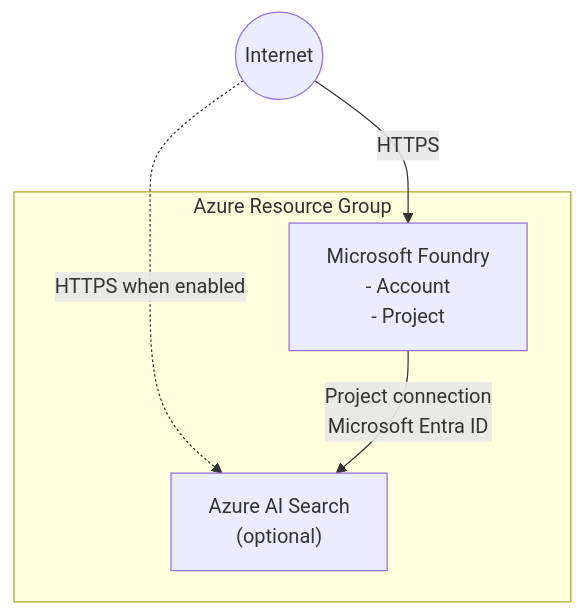
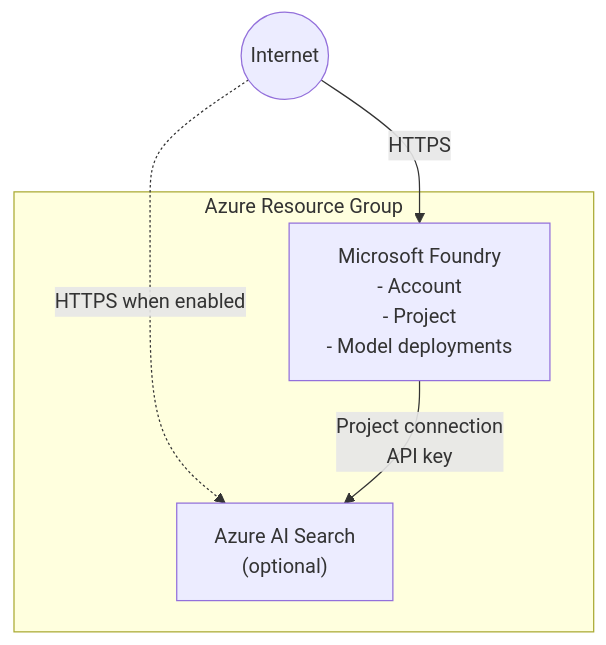
One commit to ks6088ts/template-terraform changed the diagram in infra/scenarios/azure_microsoft_foundry/README.md. Above: the diagram before and after it, drawn with Mermaid. The commit also changed other lines of this file and 7 other files, not shown here.

Commit message:
feat: enhance Azure AI Search integration with primary key output and API key authentication

````diff
--- a/infra/scenarios/azure_microsoft_foundry/README.md
+++ b/infra/scenarios/azure_microsoft_foundry/README.md
@@ -13,13 +13,13 @@
 ```mermaid
 flowchart TB
     Internet((Internet))
 
     subgraph Azure["Azure Resource Group"]
-        MF["Microsoft Foundry<br/>- Account<br/>- Project"]
+        MF["Microsoft Foundry<br/>- Account<br/>- Project<br/>- Model deployments"]
         Search["Azure AI Search<br/>(optional)"]
     end
 
     Internet -->|HTTPS| MF
     Internet -.->|HTTPS when enabled| Search
-    MF -->|Project connection<br/>Microsoft Entra ID| Search
+    MF -->|Project connection<br/>API key| Search
 ```
````
